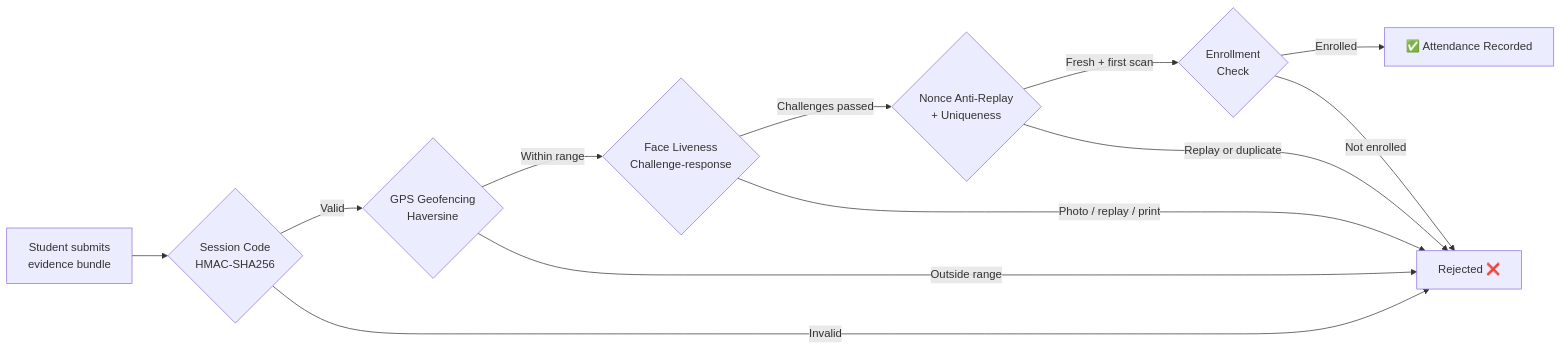
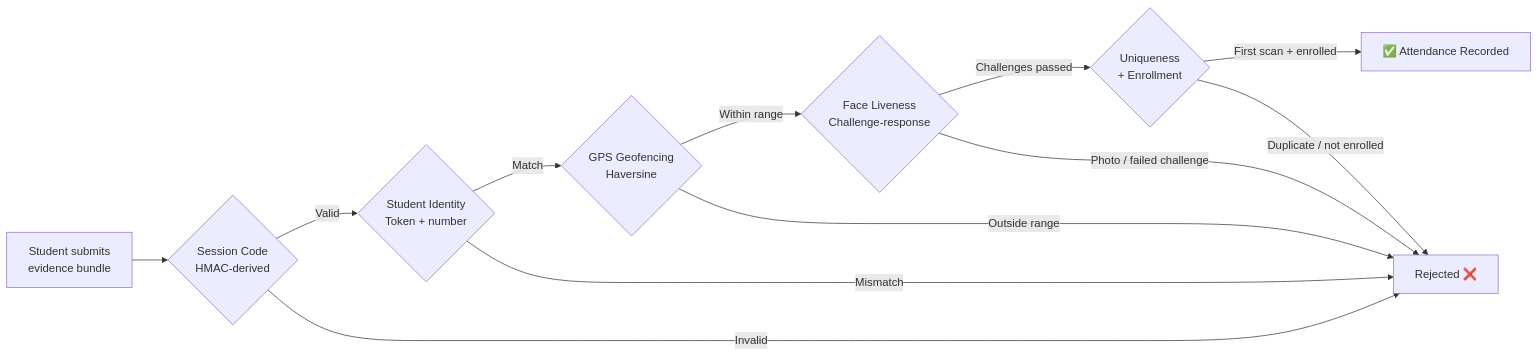
Before and after one commit to dhenji/qr_based_attendance_system: the third of 3 diagrams in docs/presentations/presentation-slides.md, drawn with Mermaid. The commit also changed other lines of this file and 31 other files, not shown here.

First line of the commit message:
docs: audit student-ID QR removal and align attendance docs (#332)

````diff
--- a/docs/presentations/presentation-slides.md
+++ b/docs/presentations/presentation-slides.md
@@ -151,14 +152,14 @@
 ```mermaid
 flowchart LR
-    A[Student submits<br>evidence bundle] --> B{Session Code<br>HMAC-SHA256}
-    B -->|Valid| C{GPS Geofencing<br>Haversine}
+    A[Student submits<br>evidence bundle] --> B{Session Code<br>HMAC-derived}
+    B -->|Valid| C{Student Identity<br>Token + number}
     B -->|Invalid| X[Rejected ❌]
-    C -->|Within range| E{Face Liveness<br>Challenge-response}
-    C -->|Outside range| X
-    E -->|Challenges passed| F{Nonce Anti-Replay<br>+ Uniqueness}
-    E -->|Photo / replay / print| X
-    F -->|Fresh + first scan| G{Enrollment<br>Check}
-    F -->|Replay or duplicate| X
-    G -->|Enrolled| H[✅ Attendance Recorded]
-    G -->|Not enrolled| X
+    C -->|Match| D{GPS Geofencing<br>Haversine}
+    C -->|Mismatch| X
+    D -->|Within range| E{Face Liveness<br>Challenge-response}
+    D -->|Outside range| X
+    E -->|Challenges passed| F{Uniqueness<br>+ Enrollment}
+    E -->|Photo / failed challenge| X
+    F -->|First scan + enrolled| H[✅ Attendance Recorded]
+    F -->|Duplicate / not enrolled| X
 ```
````
